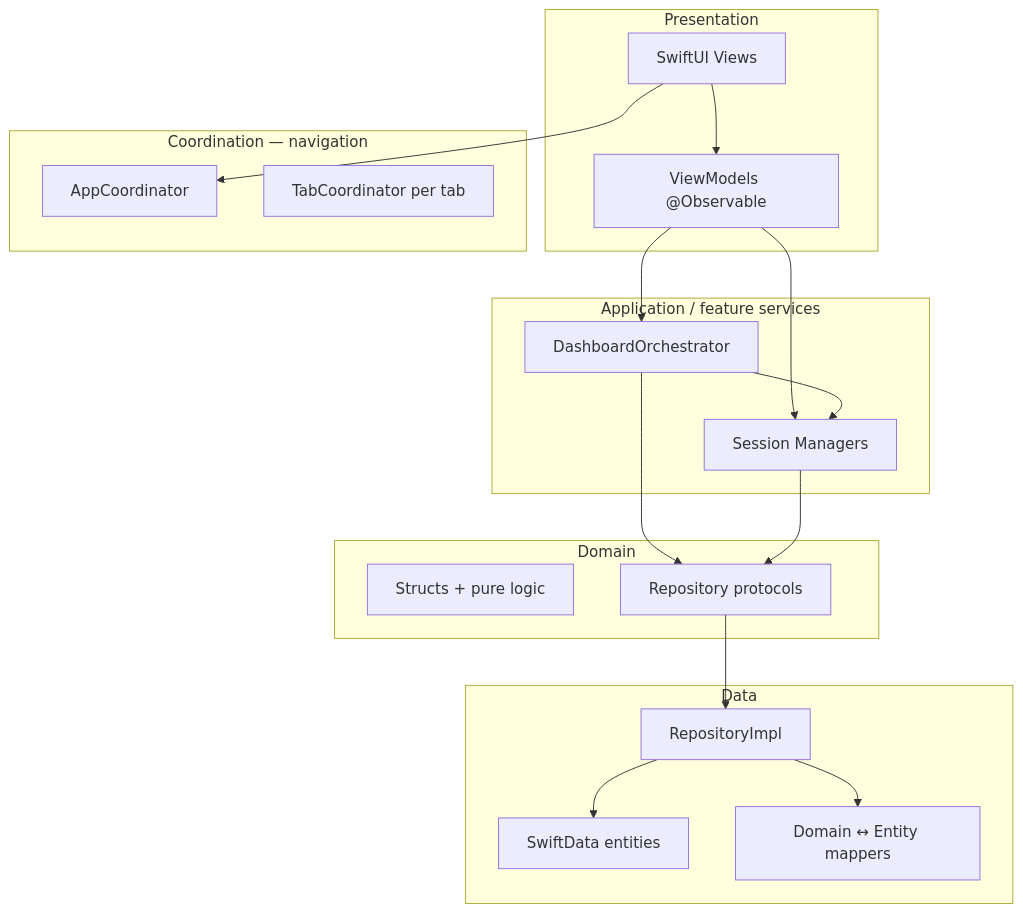
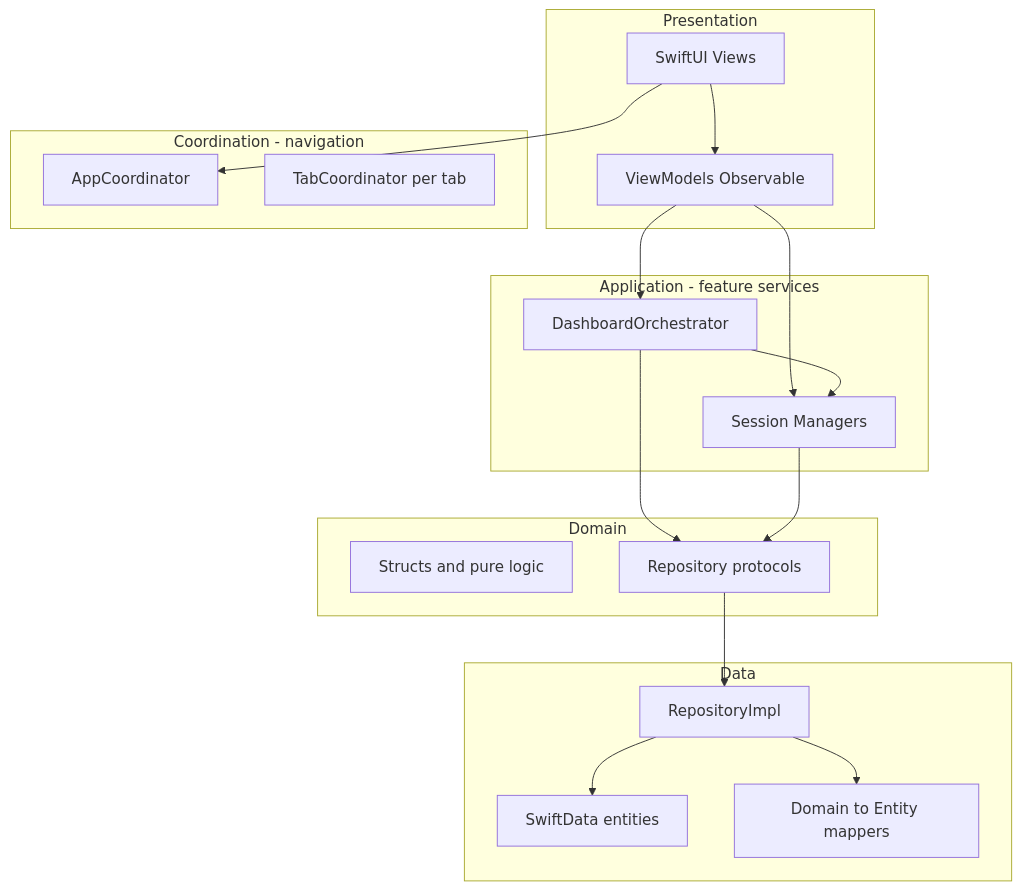
The diagram in docs/interview-guide/01-project-overview.md (nguyenquanghuy22041990/FocusUp), drawn with Mermaid before and after one commit. The commit also changed 30 other files, not shown here.

````diff
--- a/docs/interview-guide/01-project-overview.md
+++ b/docs/interview-guide/01-project-overview.md
@@ -44,33 +44,33 @@
 ```mermaid
 flowchart TB
-    subgraph presentation [Presentation]
+    subgraph presentation ["Presentation"]
         Views[SwiftUI Views]
-        VM[ViewModels @Observable]
+        VM["ViewModels Observable"]
     end
-    subgraph coordination [Coordination — navigation]
+    subgraph coordination ["Coordination - navigation"]
         AC[AppCoordinator]
         TC[TabCoordinator per tab]
     end
-    subgraph application [Application / feature services]
+    subgraph application ["Application - feature services"]
         MGR[Session Managers]
         ORCH[DashboardOrchestrator]
     end
-    subgraph domain [Domain]
-        Models[Structs + pure logic]
+    subgraph domain ["Domain"]
+        Models[Structs and pure logic]
         Protos[Repository protocols]
     end
-    subgraph data [Data]
+    subgraph data ["Data"]
         RepoImpl[RepositoryImpl]
         SwiftData[SwiftData entities]
-        Mappers[Domain ↔ Entity mappers]
+        Mappers["Domain to Entity mappers"]
     end
     Views --> VM
     Views --> AC
     VM --> ORCH
     VM --> MGR
     ORCH --> MGR
     ORCH --> Protos
     MGR --> Protos
     Protos --> RepoImpl --> SwiftData
     RepoImpl --> Mappers
 ```
````
